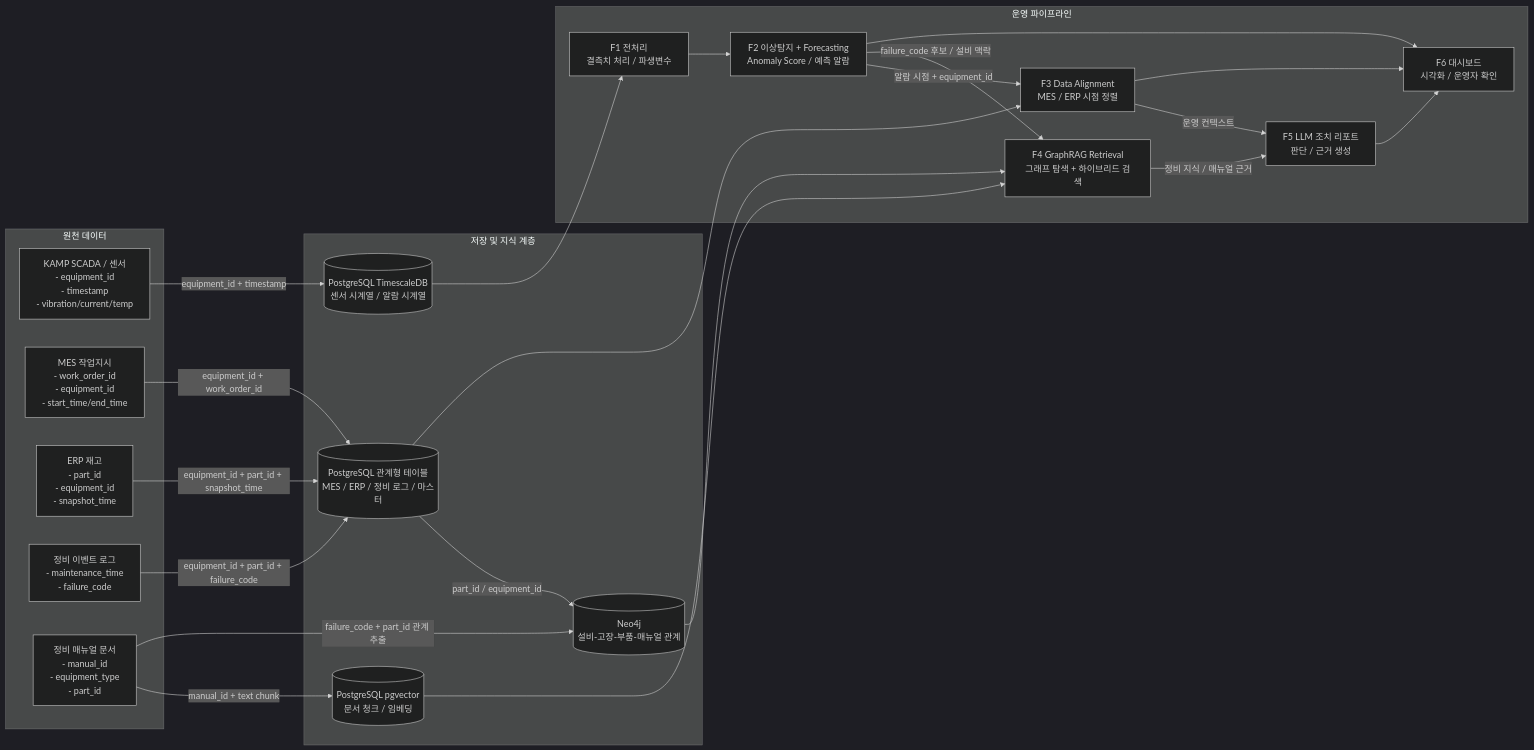
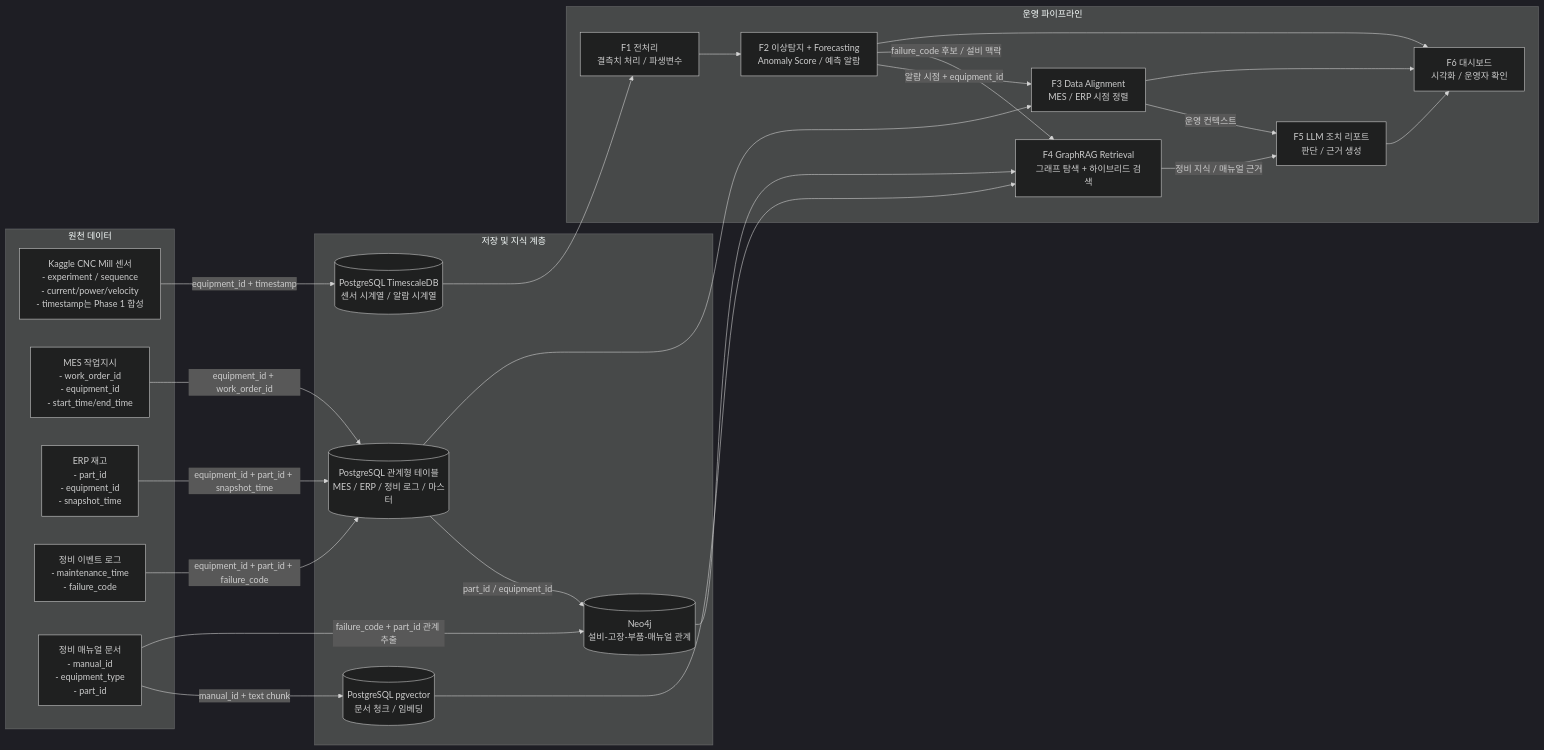
Before and after one commit to Jinuk93/Manufacturing-ax-agent: the diagram in docs/0-project-definition/data-collection-strategy.md, drawn with Mermaid (dark theme). The commit also changed other lines of this file and 10 other files, not shown here.

````diff
--- a/docs/0-project-definition/data-collection-strategy.md
+++ b/docs/0-project-definition/data-collection-strategy.md
@@ -509,50 +532,50 @@
 ```mermaid
 flowchart LR
 	subgraph Sources[원천 데이터]
-		SCADA[KAMP SCADA / 센서\n- equipment_id\n- timestamp\n- vibration/current/temp]
+		SCADA[Kaggle CNC Mill 센서\n- experiment / sequence\n- current/power/velocity\n- timestamp는 Phase 1 합성]
 		MES[MES 작업지시\n- work_order_id\n- equipment_id\n- start_time/end_time]
 		ERP[ERP 재고\n- part_id\n- equipment_id\n- snapshot_time]
 		LOG[정비 이벤트 로그\n- maintenance_time\n- failure_code]
 		DOC[정비 매뉴얼 문서\n- manual_id\n- equipment_type\n- part_id]
 	end
 
 	subgraph Stores[저장 및 지식 계층]
 		TS[(PostgreSQL TimescaleDB\n센서 시계열 / 알람 시계열)]
 		RDB[(PostgreSQL 관계형 테이블\nMES / ERP / 정비 로그 / 마스터)]
 		VEC[(PostgreSQL pgvector\n문서 청크 / 임베딩)]
 		KG[(Neo4j\n설비-고장-부품-매뉴얼 관계)]
 	end
 
 	subgraph Pipeline[운영 파이프라인]
 		F1[F1 전처리\n결측치 처리 / 파생변수]
 		F2[F2 이상탐지 + Forecasting\nAnomaly Score / 예측 알람]
 		F3[F3 Data Alignment\nMES / ERP 시점 정렬]
 		F4[F4 GraphRAG Retrieval\n그래프 탐색 + 하이브리드 검색]
 		F5[F5 LLM 조치 리포트\n판단 / 근거 생성]
 		F6[F6 대시보드\n시각화 / 운영자 확인]
 	end
 
 	SCADA -->|equipment_id + timestamp| TS
 	MES -->|equipment_id + work_order_id| RDB
 	ERP -->|equipment_id + part_id + snapshot_time| RDB
 	LOG -->|equipment_id + part_id + failure_code| RDB
 	DOC -->|manual_id + text chunk| VEC
 	DOC -->|failure_code + part_id 관계 추출| KG
 
 	RDB -->|part_id / equipment_id| KG
 
 	TS --> F1
 	F1 --> F2
 	F2 -->|알람 시점 + equipment_id| F3
 	RDB --> F3
 	F3 -->|운영 컨텍스트| F5
 
 	F2 -->|failure_code 후보 / 설비 맥락| F4
 	KG --> F4
 	VEC --> F4
 	F4 -->|정비 지식 / 매뉴얼 근거| F5
 
 	F2 --> F6
 	F5 --> F6
 	F3 --> F6
 ```
````
